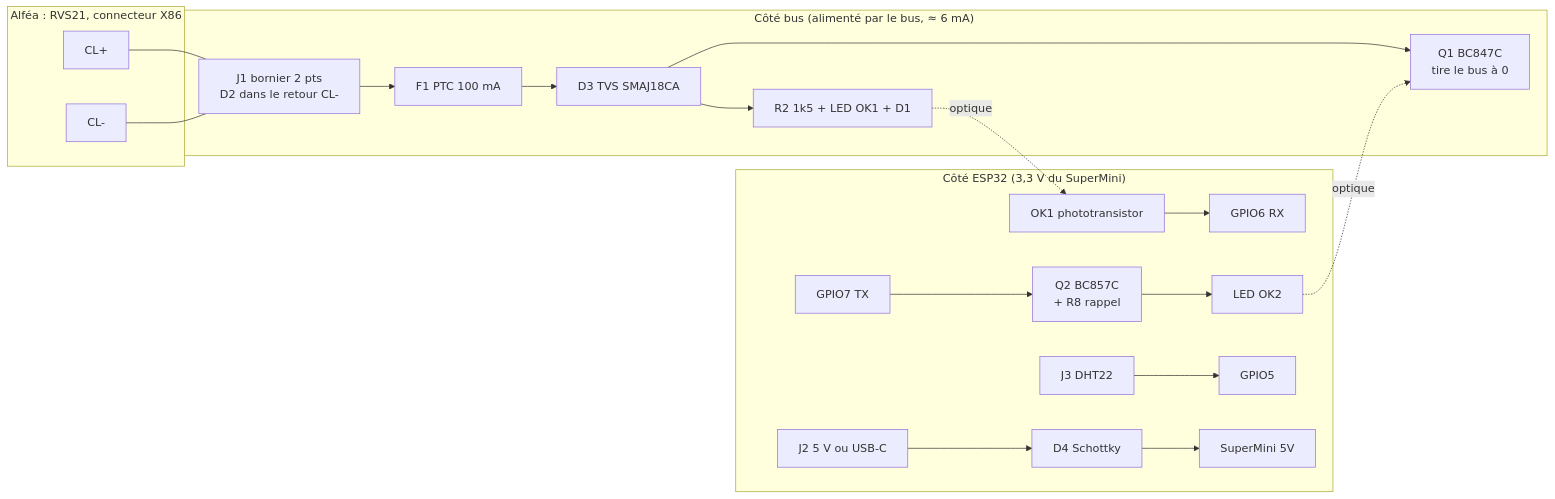
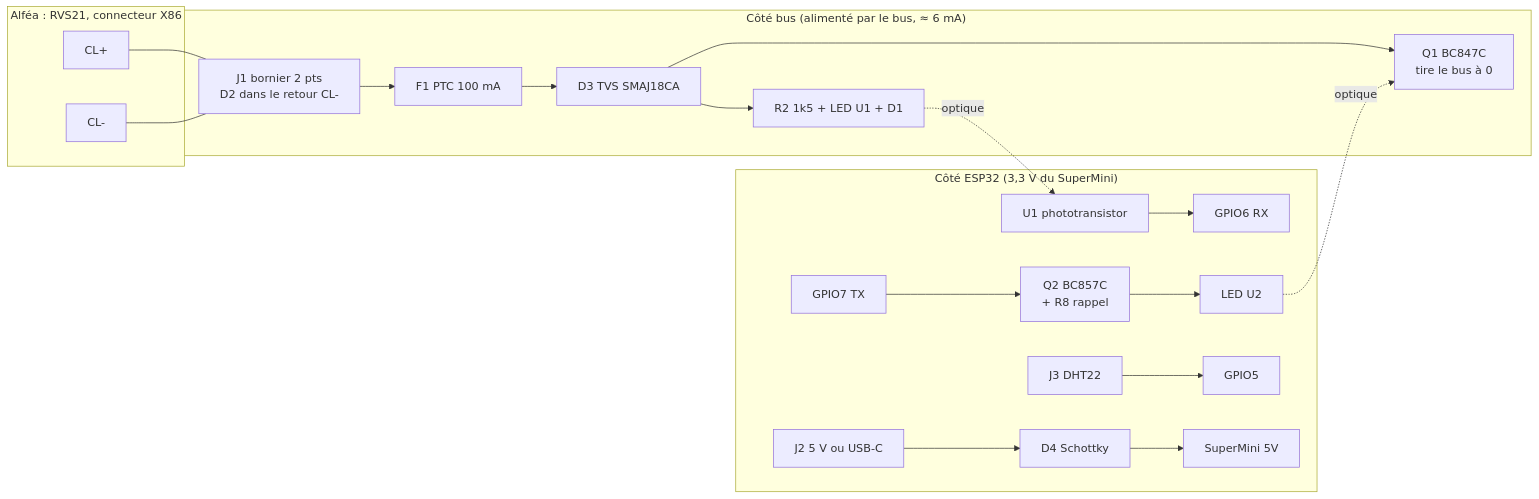
The diagram in docs/claude/09_design_carte_interface.md (adn05/BSB-LAN), drawn with Mermaid before and after one commit. The commit also changed other lines of this file and 10 other files, not shown here.

````diff
--- a/docs/claude/09_design_carte_interface.md
+++ b/docs/claude/09_design_carte_interface.md
@@ -15,23 +15,23 @@
 ```mermaid
 flowchart LR
   subgraph PAC["Alféa : RVS21, connecteur X86"]
     CLP[CL+]
     CLM[CL-]
   end
   subgraph BUS["Côté bus (alimenté par le bus, ≈ 6 mA)"]
     J1[J1 bornier 2 pts<br/>D2 dans le retour CL-] --> F1[F1 PTC 100 mA]
     F1 --> TVS[D3 TVS SMAJ18CA]
-    TVS --> RXL[R2 1k5 + LED OK1 + D1]
+    TVS --> RXL[R2 1k5 + LED U1 + D1]
     TVS --> Q1[Q1 BC847C<br/>tire le bus à 0]
   end
   subgraph MCU["Côté ESP32 (3,3 V du SuperMini)"]
-    OK1T[OK1 phototransistor] --> RX[GPIO6 RX]
-    TX[GPIO7 TX] --> Q2[Q2 BC857C<br/>+ R8 rappel] --> OK2L[LED OK2]
+    U1T[U1 phototransistor] --> RX[GPIO6 RX]
+    TX[GPIO7 TX] --> Q2[Q2 BC857C<br/>+ R8 rappel] --> U2L[LED U2]
     DHT[J3 DHT22] --> G5[GPIO5]
     P5[J2 5 V ou USB-C] --> D4[D4 Schottky] --> SM[SuperMini 5V]
   end
   CLP --- J1
   CLM --- J1
-  RXL -. optique .-> OK1T
-  OK2L -. optique .-> Q1
+  RXL -. optique .-> U1T
+  U2L -. optique .-> Q1
 ```
````
